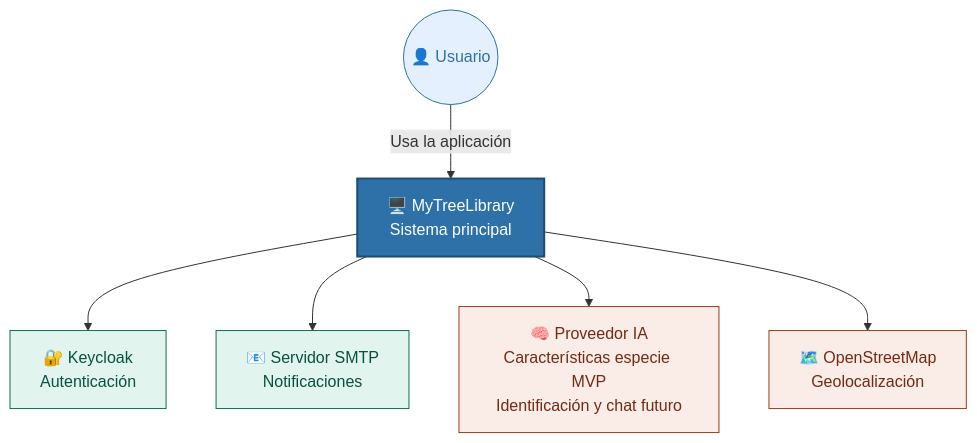
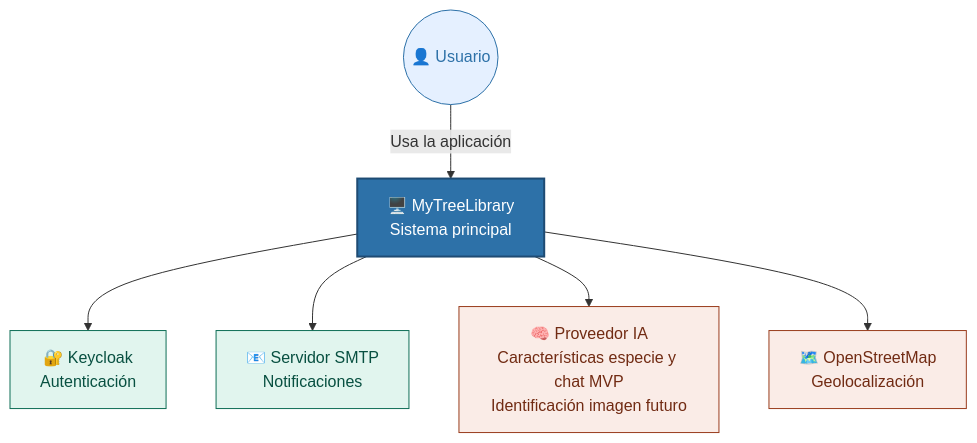
Before and after one commit to ldefrutos1/AI4Devs-finalproject: the first of 19 diagrams in readme.md, drawn with Mermaid. The commit also changed other lines of this file and 74 other files, not shown here.

````diff
--- a/readme.md
+++ b/readme.md
@@ -87,21 +87,21 @@
 ```mermaid
 flowchart TB
     classDef user fill:#E5F0FF,stroke:#2D71A8,stroke-width:1px,color:#2D71A8;
     classDef system fill:#2D71A8,stroke:#1E4B73,stroke-width:2px,color:#FFF;
     classDef soporte fill:#E1F5EE,stroke:#0F6E56,stroke-width:1px,color:#085041;
     classDef externo fill:#FAECE7,stroke:#993C1D,stroke-width:1px,color:#712B13;
 
     U(("👤 Usuario")):::user
     S["🖥️ MyTreeLibrary<br>Sistema principal"]:::system
 
     KC["🔐 Keycloak<br>Autenticación"]:::soporte
     SMTP["📧 Servidor SMTP<br>Notificaciones"]:::soporte
-    PIA["🧠 Proveedor IA<br>Características especie MVP<br>Identificación y chat futuro"]:::externo
+    PIA["🧠 Proveedor IA<br>Características especie y chat MVP<br>Identificación imagen futuro"]:::externo
     MAP["🗺️ OpenStreetMap<br>Geolocalización"]:::externo
 
     U -->|Usa la aplicación| S
     S --> KC
     S --> SMTP
     S --> PIA
     S --> MAP
 ```
````
